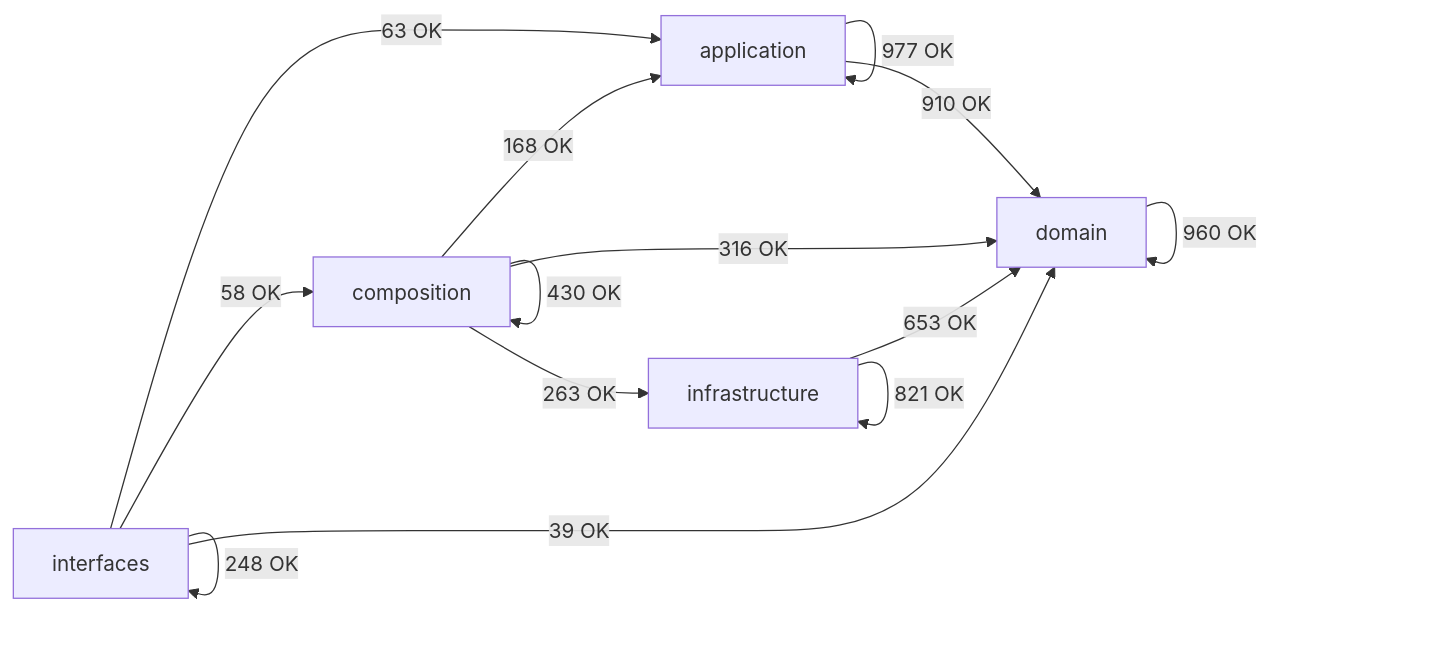
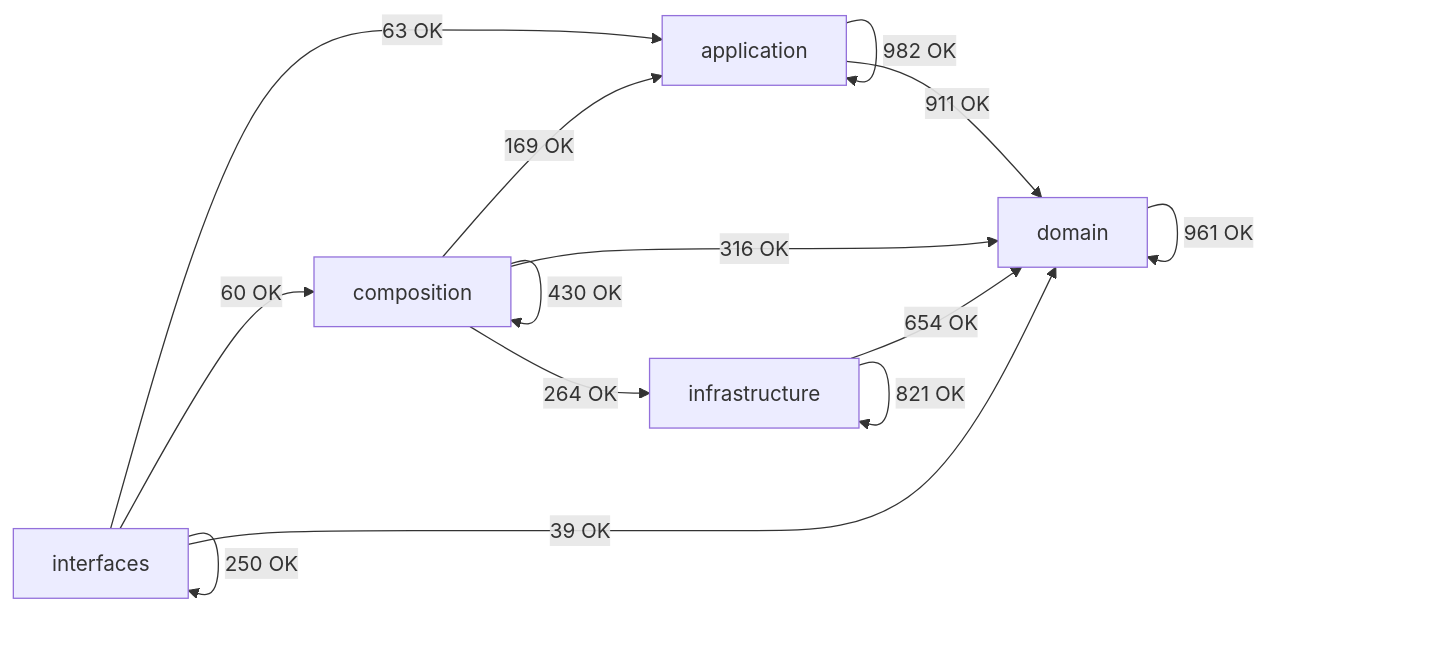
Before and after one commit to SatoryKono/BioactivityDataAcquisition: the diagram in docs/02-architecture/generated/module-dependency-map.md, drawn with Mermaid. The commit also changed other lines of this file and 145 other files, not shown here.

````diff
--- a/docs/02-architecture/generated/module-dependency-map.md
+++ b/docs/02-architecture/generated/module-dependency-map.md
@@ -17,21 +17,21 @@
 ```mermaid
 flowchart LR
     domain[domain]
     application[application]
     infrastructure[infrastructure]
     composition[composition]
     interfaces[interfaces]
-    application -->|977 OK| application
-    application -->|910 OK| domain
-    composition -->|168 OK| application
+    application -->|982 OK| application
+    application -->|911 OK| domain
+    composition -->|169 OK| application
     composition -->|430 OK| composition
     composition -->|316 OK| domain
-    composition -->|263 OK| infrastructure
-    domain -->|960 OK| domain
-    infrastructure -->|653 OK| domain
+    composition -->|264 OK| infrastructure
+    domain -->|961 OK| domain
+    infrastructure -->|654 OK| domain
     infrastructure -->|821 OK| infrastructure
     interfaces -->|63 OK| application
-    interfaces -->|58 OK| composition
+    interfaces -->|60 OK| composition
     interfaces -->|39 OK| domain
-    interfaces -->|248 OK| interfaces
+    interfaces -->|250 OK| interfaces
 ```
````
